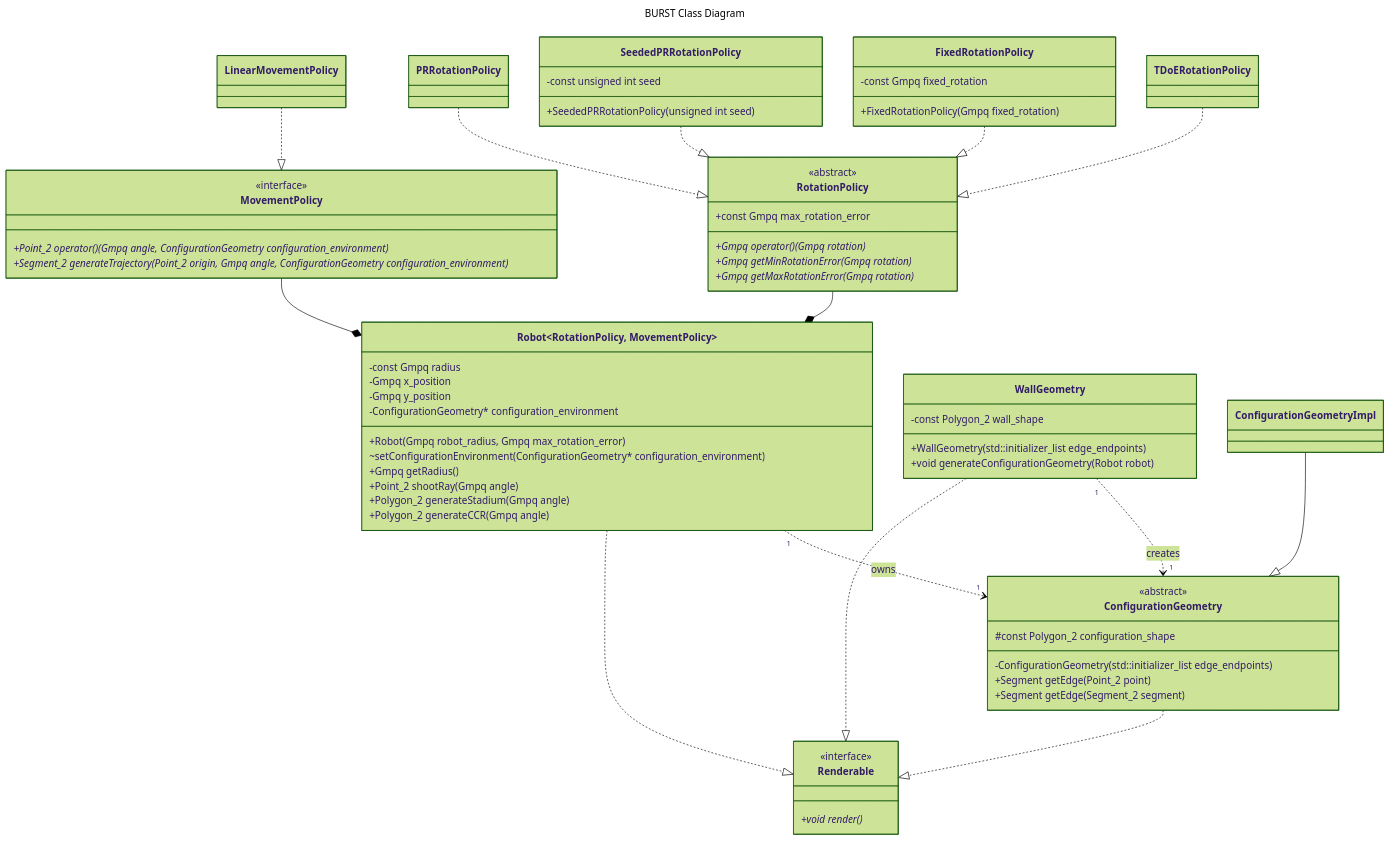
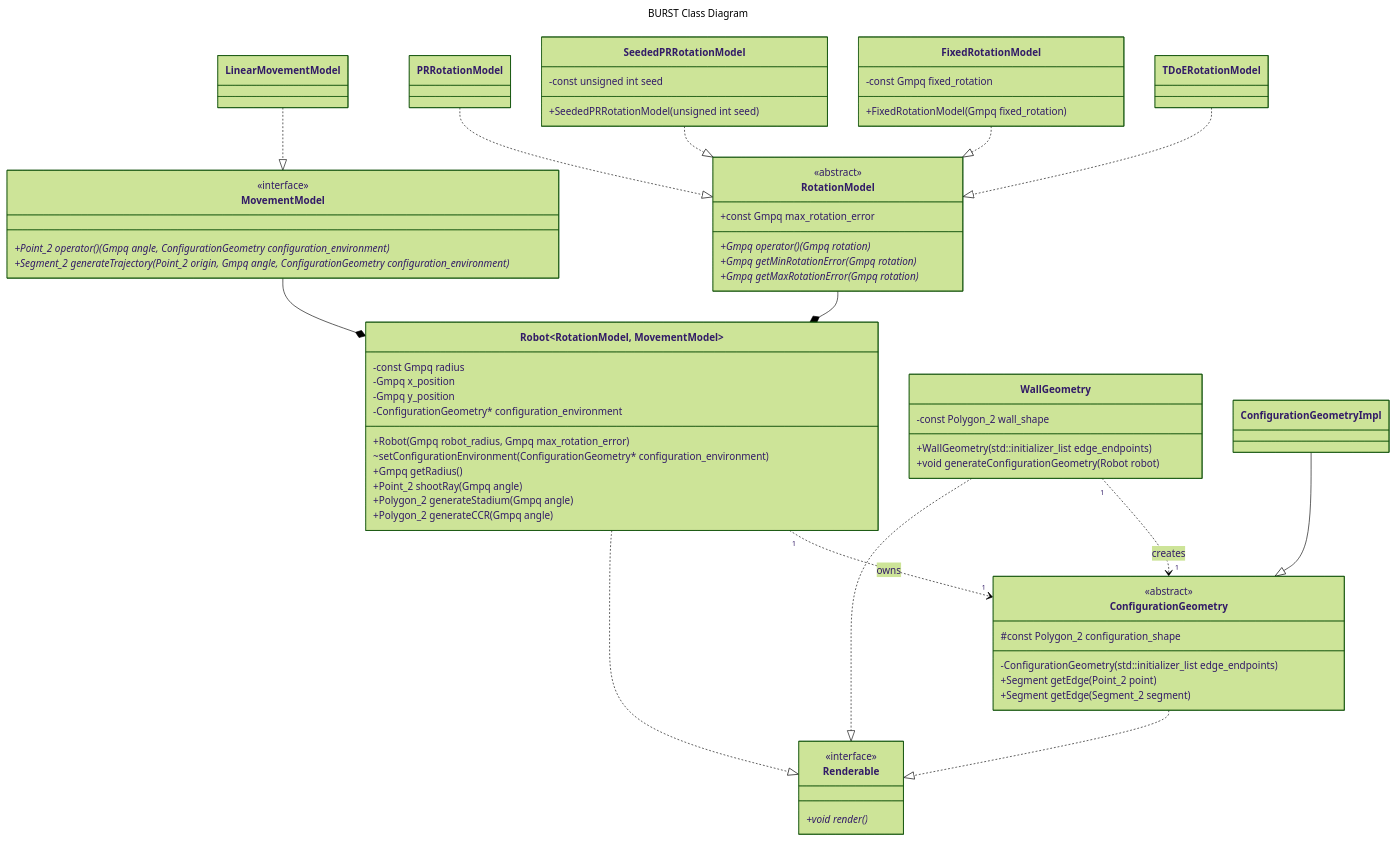
One commit to KedarPanchal/DAIR-BURST changed the diagram in docs/DESIGN.md. Above: the diagram before and after it, drawn with Mermaid (forest theme). The commit also changed other lines of this file, not shown here.

Commit message:
Rename Policy classes to Model classes

```diff
--- a/docs/DESIGN.md
+++ b/docs/DESIGN.md
@@ -19,47 +19,47 @@
 ---
 classDiagram
     direction TD
-    class RotationPolicy {
+    class RotationModel {
         +const Gmpq max_rotation_error
         +Gmpq operator() (Gmpq rotation)*
         +Gmpq getMinRotationError(Gmpq rotation)*
         +Gmpq getMaxRotationError(Gmpq rotation)*
     }
-    <<abstract>> RotationPolicy
+    <<abstract>> RotationModel
     
-    class PRRotationPolicy 
-    PRRotationPolicy ..|> RotationPolicy
+    class PRRotationModel 
+    PRRotationModel ..|> RotationModel
 
-    class SeededPRRotationPolicy {
+    class SeededPRRotationModel {
         -const unsigned int seed
-        +SeededPRRotationPolicy(unsigned int seed)
+        +SeededPRRotationModel(unsigned int seed)
     }
-    SeededPRRotationPolicy ..|> RotationPolicy
+    SeededPRRotationModel ..|> RotationModel
 
-    class FixedRotationPolicy {
+    class FixedRotationModel {
         -const Gmpq fixed_rotation
-        +FixedRotationPolicy(Gmpq fixed_rotation)
+        +FixedRotationModel(Gmpq fixed_rotation)
     }
-    FixedRotationPolicy ..|> RotationPolicy
+    FixedRotationModel ..|> RotationModel
 
-    class TDoERotationPolicy
-    TDoERotationPolicy ..|> RotationPolicy
+    class TDoERotationModel
+    TDoERotationModel ..|> RotationModel
 
-    class MovementPolicy {
+    class MovementModel {
         +Point_2 operator() (Gmpq angle, ConfigurationGeometry configuration_environment)*
         +Segment_2 generateTrajectory(Point_2 origin, Gmpq angle, ConfigurationGeometry configuration_environment)*
     }
-    <<interface>> MovementPolicy
+    <<interface>> MovementModel
 
-    class LinearMovementPolicy
-    LinearMovementPolicy ..|> MovementPolicy
+    class LinearMovementModel
+    LinearMovementModel ..|> MovementModel
 
     class Renderable {
         +void render()*
     }
     <<interface>> Renderable
 
-    class Robot~RotationPolicy, MovementPolicy~ {
+    class Robot~RotationModel, MovementModel~ {
         -const Gmpq radius
         -Gmpq x_position
         -Gmpq y_position
@@ -73,8 +73,8 @@
         +Polygon_2 generateCCR(Gmpq angle)
     }
     Robot ..|> Renderable
-    MovementPolicy --* Robot
-    RotationPolicy --* Robot
+    MovementModel --* Robot
+    RotationModel --* Robot
 
     class WallGeometry {
         -const Polygon_2 wall_shape
```
